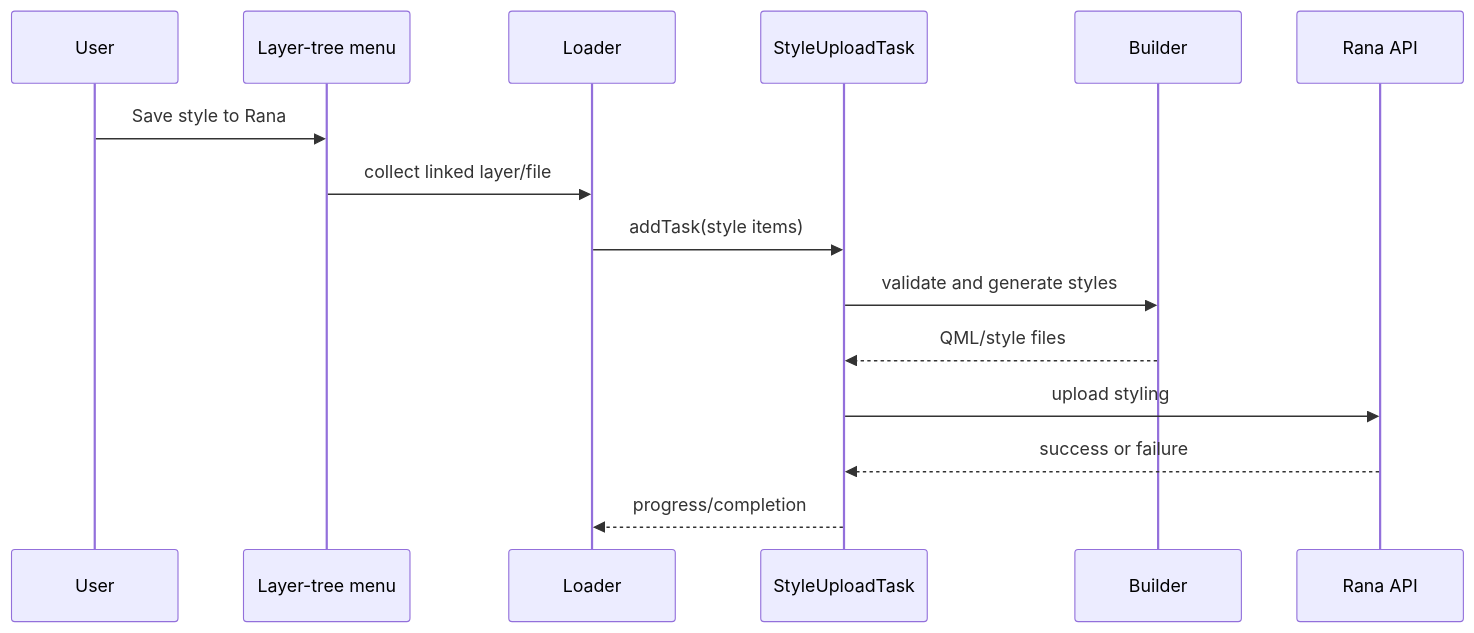
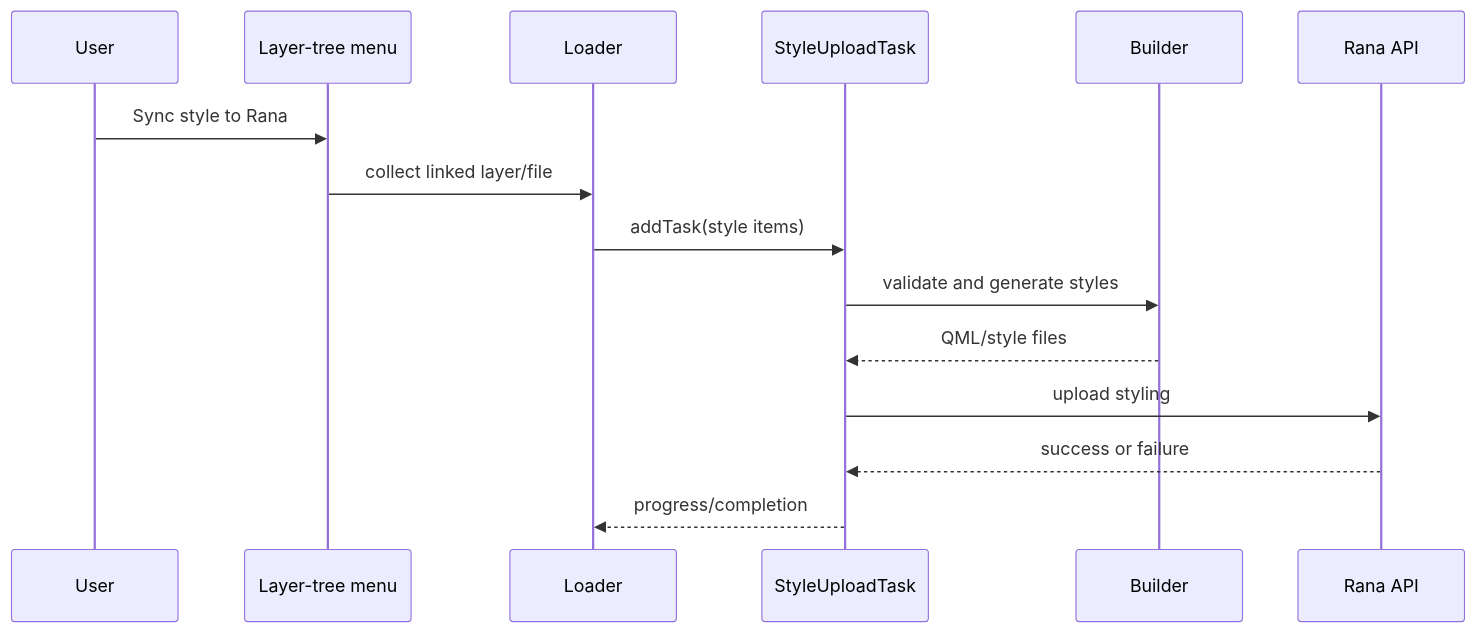
One commit to nens/rana-qgis-plugin changed the second of 2 diagrams in doc/styling_workers.md. Above: the diagram before and after it, drawn with Mermaid. The commit also changed other lines of this file and 22 other files, not shown here.

````diff
--- a/doc/styling_workers.md
+++ b/doc/styling_workers.md
@@ -70,18 +70,18 @@
 ```mermaid
 sequenceDiagram
     participant User
     participant Menu as Layer-tree menu
     participant Loader
     participant Task as StyleUploadTask
     participant Builder
     participant Rana as Rana API
 
-    User->>Menu: Save style to Rana
+    User->>Menu: Sync style to Rana
     Menu->>Loader: collect linked layer/file
     Loader->>Task: addTask(style items)
     Task->>Builder: validate and generate styles
     Builder-->>Task: QML/style files
     Task->>Rana: upload styling
     Rana-->>Task: success or failure
     Task-->>Loader: progress/completion
 ```
````
